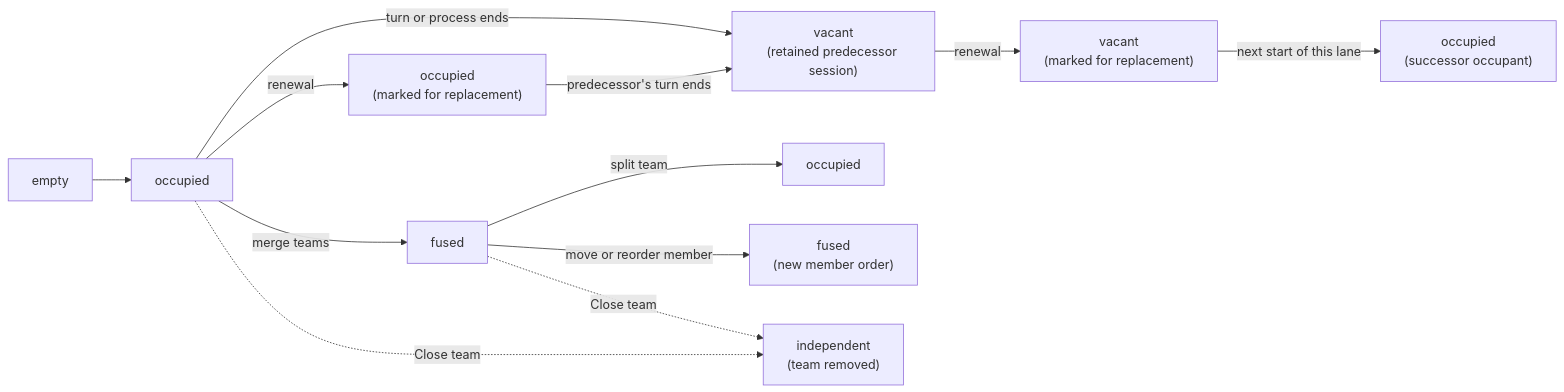
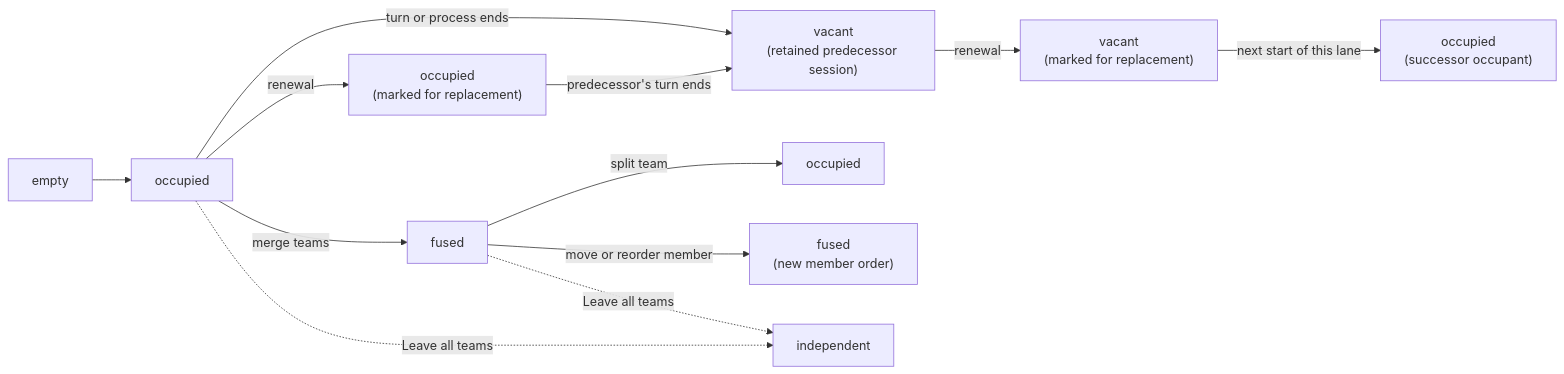
Diagram 14 of 19 in docs/product/model/states.md (infimalabs/spice-rust), drawn with Mermaid before and after one commit. The commit also changed other lines of this file and 25 other files, not shown here.

````diff
--- a/docs/product/model/states.md
+++ b/docs/product/model/states.md
@@ -346,14 +346,14 @@
 ```mermaid
 flowchart LR
   E["empty"] --> O["occupied"]
   O -->|"merge teams"| F["fused"]
   O -->|"renewal"| OM["occupied<br/>(marked for replacement)"]
   OM -->|"predecessor's turn ends"| Q
   O -->|"turn or process ends"| Q["vacant<br/>(retained predecessor session)"]
   Q -->|"renewal"| QM["vacant<br/>(marked for replacement)"]
   QM -->|"next start of this lane"| OR["occupied<br/>(successor occupant)"]
   F -->|"split team"| OS["occupied"]
   F -->|"move or reorder member"| FR["fused<br/>(new member order)"]
-  O -.->|"Close team"| I["independent<br/>(team removed)"]
-  F -.->|"Close team"| I
+  O -.->|"Leave all teams"| I["independent"]
+  F -.->|"Leave all teams"| I
 ```
````
